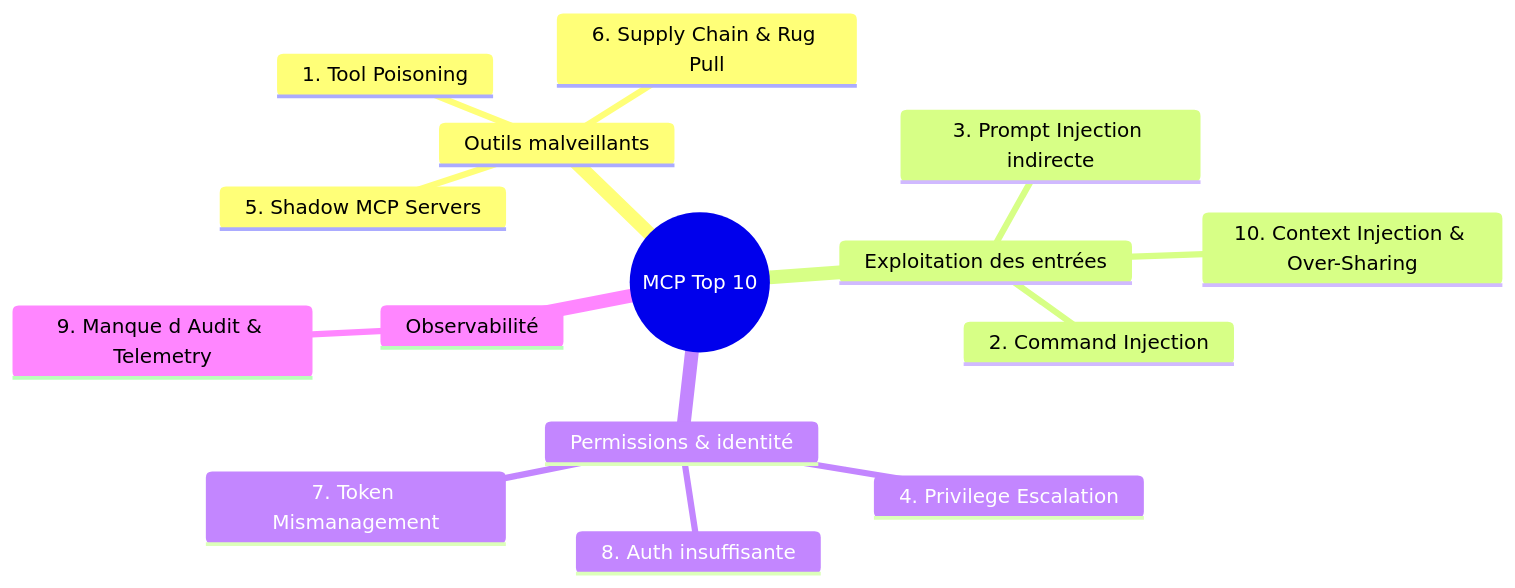
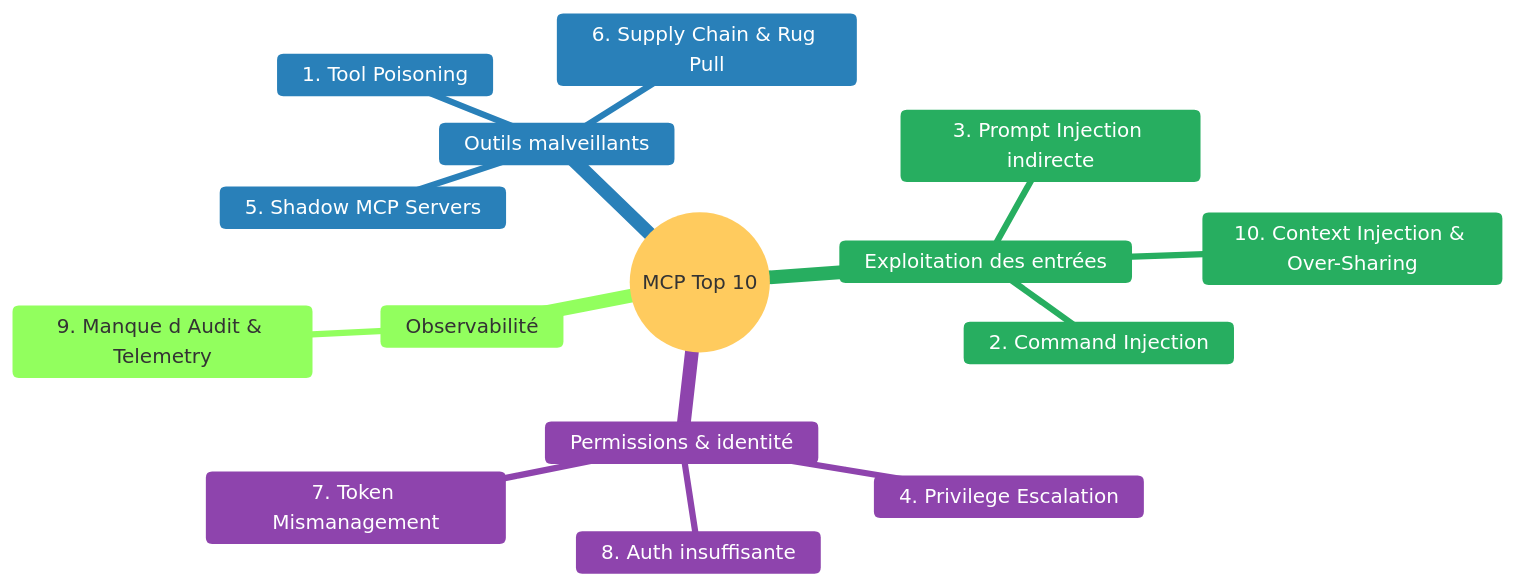
One commit to pi-2r/devoxxfr2026-workshop-jailbreak-prompt-injection-mcp-poisoning changed the second of 9 diagrams in step_12.md. Above: the diagram before and after it, drawn with Mermaid. The commit also changed 1 other file, not shown here.

Commit message:
update step 11 (put light on another benefit) and 12 (for a more visual mermaid graph)

````diff
--- a/step_12.md
+++ b/step_12.md
@@ -93,18 +93,19 @@
 ```mermaid
+%%{init: {'theme': 'base', 'themeVariables': {'cScale0': '#e74c3c', 'cScaleLabel0': '#ffffff', 'cScale1': '#2980b9', 'cScaleLabel1': '#ffffff', 'cScale2': '#27ae60', 'cScaleLabel2': '#ffffff', 'cScale3': '#8e44ad', 'cScaleLabel3': '#ffffff', 'cScalePeer1': '#c0392b', 'cScalePeer2': '#2471a3', 'cScalePeer3': '#229954', 'cScalePeer4': '#7d3c98'}}}%%
 mindmap
   root((MCP Top 10))
     Outils malveillants
       1. Tool Poisoning
       6. Supply Chain & Rug Pull
       5. Shadow MCP Servers
     Exploitation des entrées
       2. Command Injection
       3. Prompt Injection indirecte
       10. Context Injection & Over-Sharing
     Permissions & identité
       4. Privilege Escalation
       7. Token Mismanagement
       8. Auth insuffisante
     Observabilité
       9. Manque d Audit & Telemetry
 ```
````
